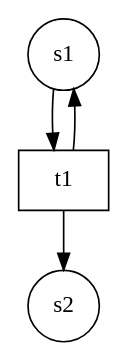
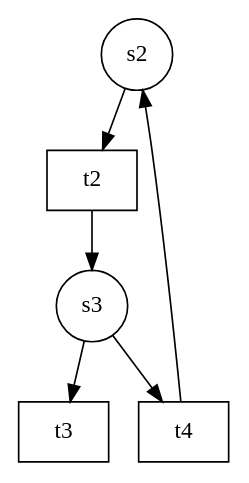
Before and after one commit to dnannen/reduction-of-petri-nets: the diagram in src/graph.gv, drawn with Graphviz. The commit also changed 5 other files, not shown here.

```diff
--- a/src/graph.gv
+++ b/src/graph.gv
@@ -1,9 +1,13 @@
 digraph petrinet{
 node[shape=circle];
-"s1";
 "s2";
-"t1" [shape=box];
-"s1"->"t1"
-"t1"->"s2"
-"t1"->"s1"
+"s3";
+"t2" [shape=box];
+"t3" [shape=box];
+"t4" [shape=box];
+"t2"->"s3"
+"s2"->"t2"
+"s3"->"t3"
+"s3"->"t4"
+"t4"->"s2"
 }
```
